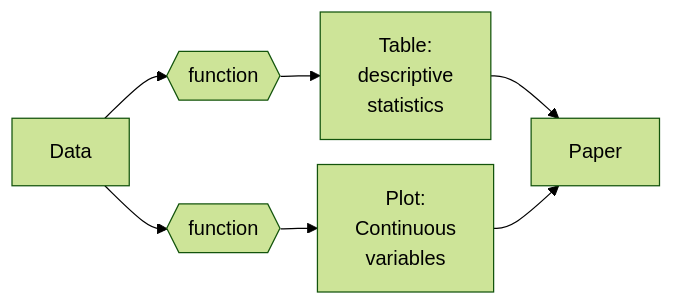
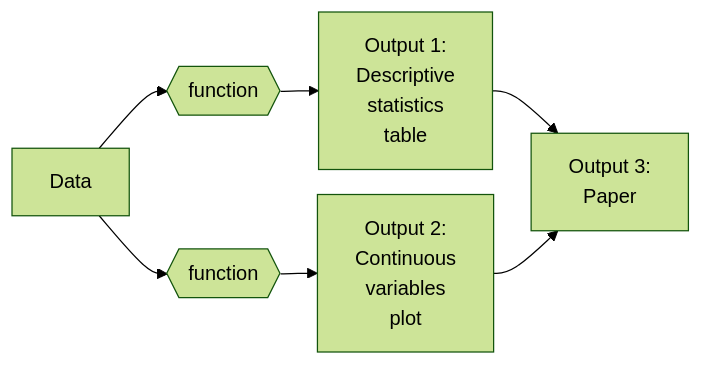
The diagram in sessions/pipelines.qmd (rostools/r-cubed-advanced), drawn with Mermaid before and after one commit. The commit also changed other lines of this file, not shown here.

````diff
--- a/sessions/pipelines.qmd
+++ b/sessions/pipelines.qmd
@@ -164,16 +164,16 @@
 ```{mermaid fig-pipeline-schematic}
 %%| label: fig-pipeline-schematic
 %%| fig-cap: Very simple flow chart of steps in an analysis pipeline.
 %%| echo: false
 %%| eval: true
 %%{init:{'theme':'forest', 'flowchart':{'nodeSpacing': 20, 'rankSpacing':30}}}%%
 graph LR
     data[Data] --> fn_desc{{function}} 
-    fn_desc --> tab_desc[Table:<br>descriptive<br>statistics]
-    tab_desc --> paper[Paper]
+    fn_desc --> tab_desc[Output 1:<br>Descriptive<br>statistics<br>table]
+    tab_desc --> paper[Output 3:<br>Paper]
     data --> fn_plot_vars{{function}}
-    fn_plot_vars{{function}} --> plot_distrib[Plot:<br>Continuous<br>variables]
+    fn_plot_vars{{function}} --> plot_distrib[Output 2:<br>Continuous<br>variables<br>plot]
     plot_distrib --> paper
 
 linkStyle 0,1,2,3,4,5 stroke-width:1px;
 ```
````
